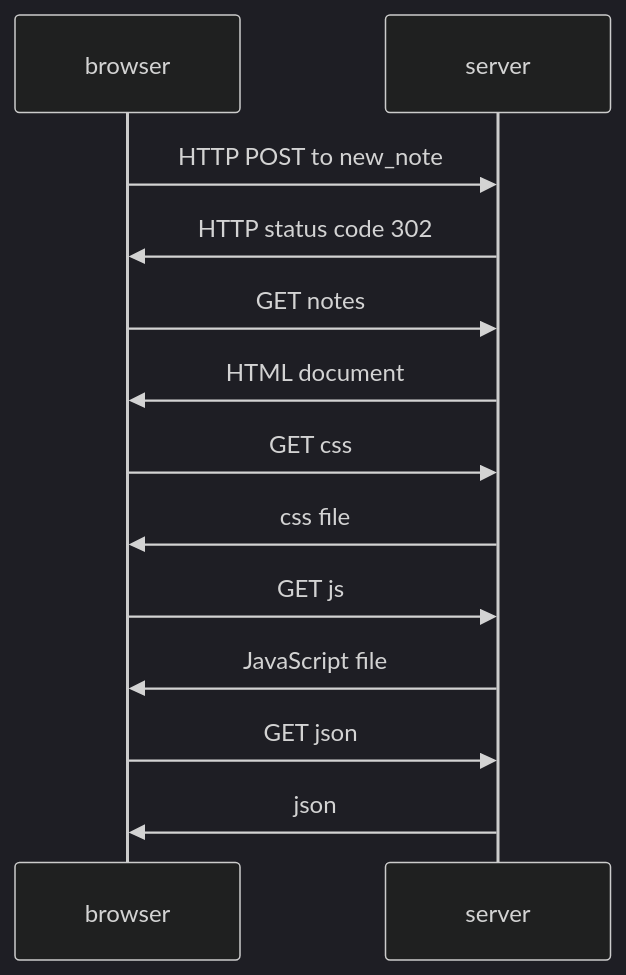
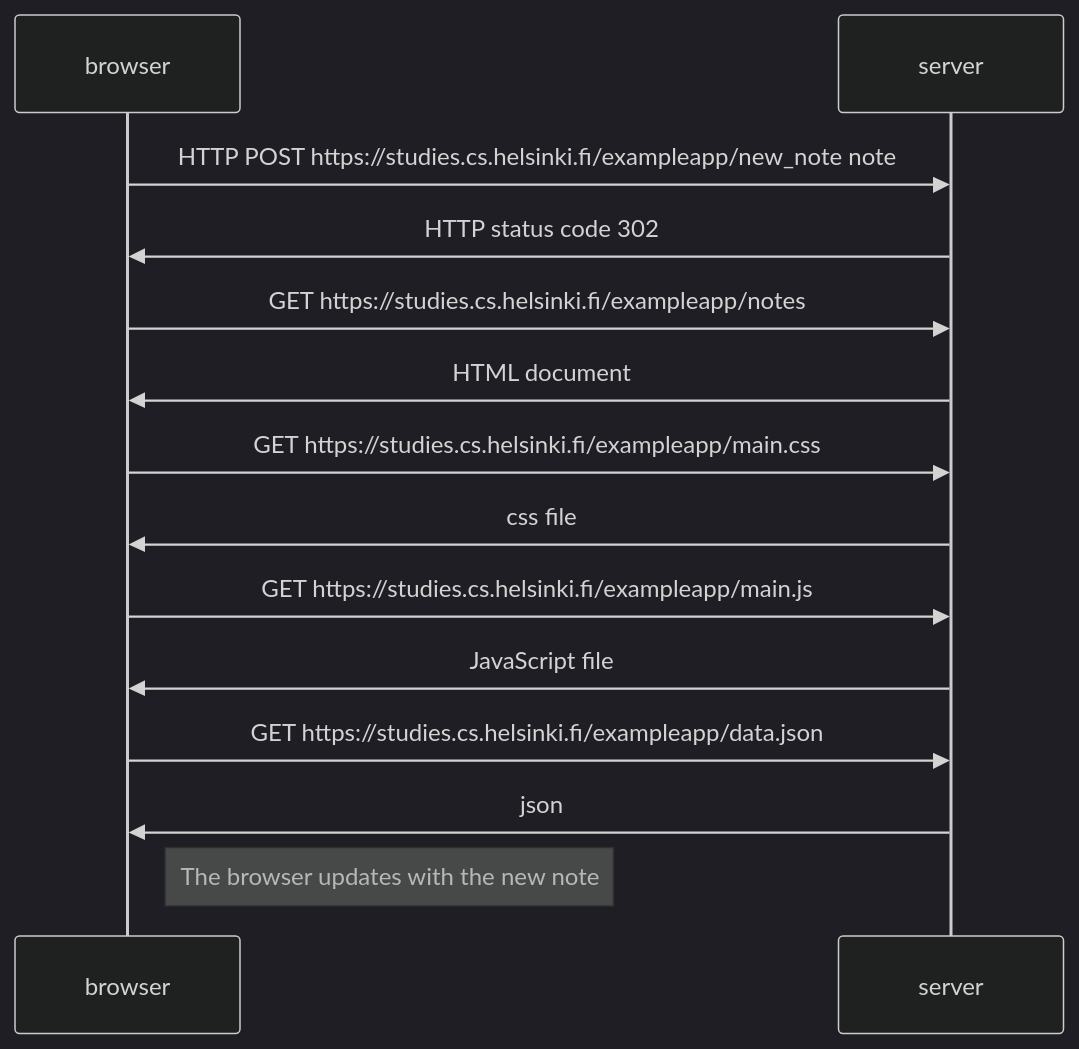
One commit to jtrussell10/fso-part-0 changed the diagram in first_test.md. Above: the diagram before and after it, drawn with Mermaid (dark theme).

Commit message:
Second test of Mermaid

````diff
--- a/first_test.md
+++ b/first_test.md
@@ -1,15 +1,17 @@
 ```mermaid
 sequenceDiagram
     participant browser
     participant server
-    browser->>server: HTTP POST to new_note
+    browser->>server: HTTP POST https://studies.cs.helsinki.fi/exampleapp/new_note note
     server->>browser: HTTP status code 302
-    browser->>server: GET notes
+    browser->>server: GET https://studies.cs.helsinki.fi/exampleapp/notes
     server->>browser: HTML document
-    browser->> server: GET css
+    browser->> server: GET https://studies.cs.helsinki.fi/exampleapp/main.css
     server->> browser: css file 
-    browser->> server: GET js  
+    browser->> server: GET https://studies.cs.helsinki.fi/exampleapp/main.js 
     server->> browser: JavaScript file
-    browser->>server: GET json
+    browser->>server: GET https://studies.cs.helsinki.fi/exampleapp/data.json
     server->>browser: json
+
+    Note right of browser: The browser updates with the new note
 ```
````
